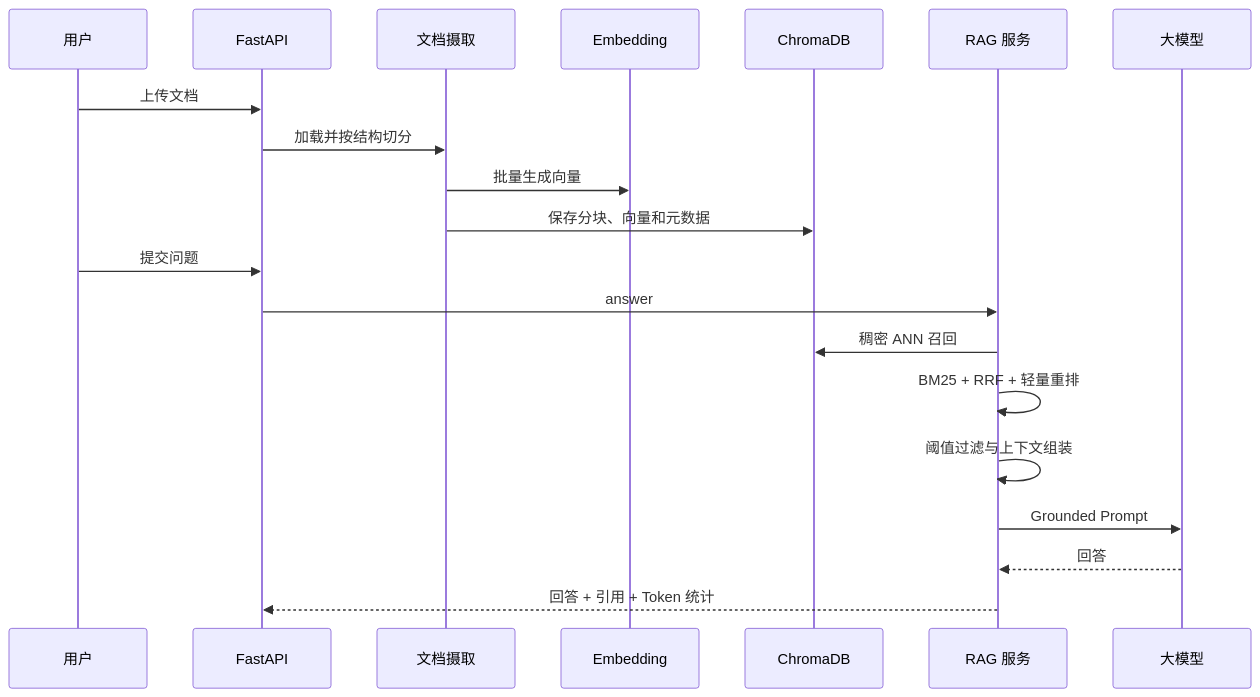
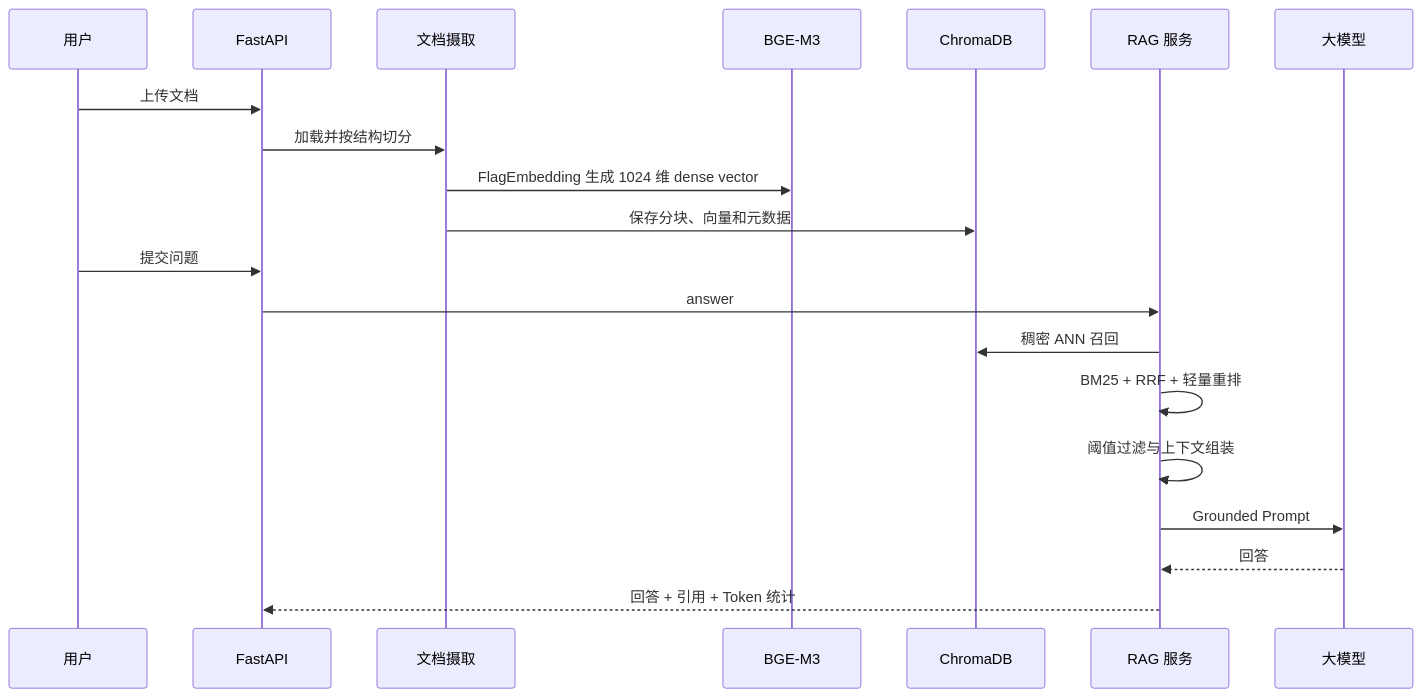
Before and after one commit to plutoczm/DataCopilot: the third of 8 diagrams in docs/ARCHITECTURE.md, drawn with Mermaid. The commit also changed other lines of this file and 78 other files, not shown here.

````diff
--- a/docs/ARCHITECTURE.md
+++ b/docs/ARCHITECTURE.md
@@ -74,23 +77,23 @@
 ```mermaid
 sequenceDiagram
     participant U as 用户
     participant API as FastAPI
     participant Ingest as 文档摄取
-    participant Embed as Embedding
+    participant Embed as BGE-M3
     participant Store as ChromaDB
     participant RAG as RAG 服务
     participant LLM as 大模型
 
     U->>API: 上传文档
     API->>Ingest: 加载并按结构切分
-    Ingest->>Embed: 批量生成向量
+    Ingest->>Embed: FlagEmbedding 生成 1024 维 dense vector
     Ingest->>Store: 保存分块、向量和元数据
     U->>API: 提交问题
     API->>RAG: answer
     RAG->>Store: 稠密 ANN 召回
     RAG->>RAG: BM25 + RRF + 轻量重排
     RAG->>RAG: 阈值过滤与上下文组装
     RAG->>LLM: Grounded Prompt
     LLM-->>RAG: 回答
     RAG-->>API: 回答 + 引用 + Token 统计
 ```
````
